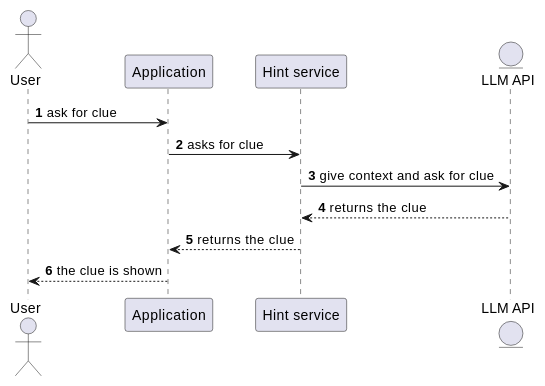
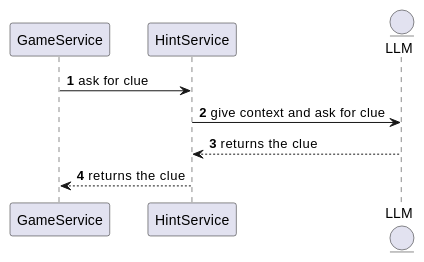
Before and after one commit to Arquisoft/wichat_en3a: the fifth of 5 diagrams in docs/src/06_runtime_view.adoc, drawn with PlantUML. The commit also changed other lines of this file, not shown here.

```diff
--- a/docs/src/06_runtime_view.adoc
+++ b/docs/src/06_runtime_view.adoc
@@ -241,16 +165,12 @@
 [plantuml,"Hint generation diagram",png]
 ----
 autonumber
-actor User
-participant Application
-participant "Hint service"
-entity "LLM API"
+participant GameService
+participant HintService
+entity LLM
 
-User -> Application: ask for clue
-Application -> "Hint service": asks for clue
-"Hint service" -> "LLM API": give context and ask for clue
-"LLM API" --> "Hint service": returns the clue
-"Hint service" --> Application: returns the clue
-Application --> User: the clue is shown
-
+GameService -> HintService: ask for clue
+HintService -> LLM: give context and ask for clue
+LLM --> HintService: returns the clue
+HintService --> GameService: returns the clue
 ----
```
